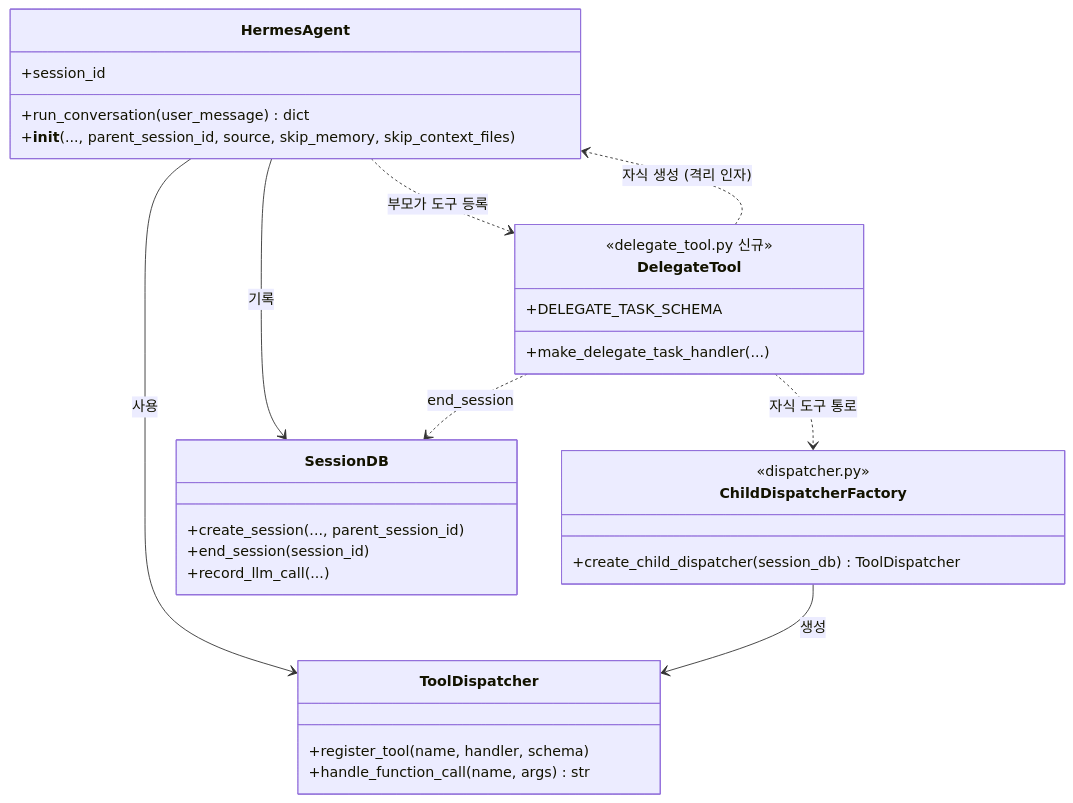
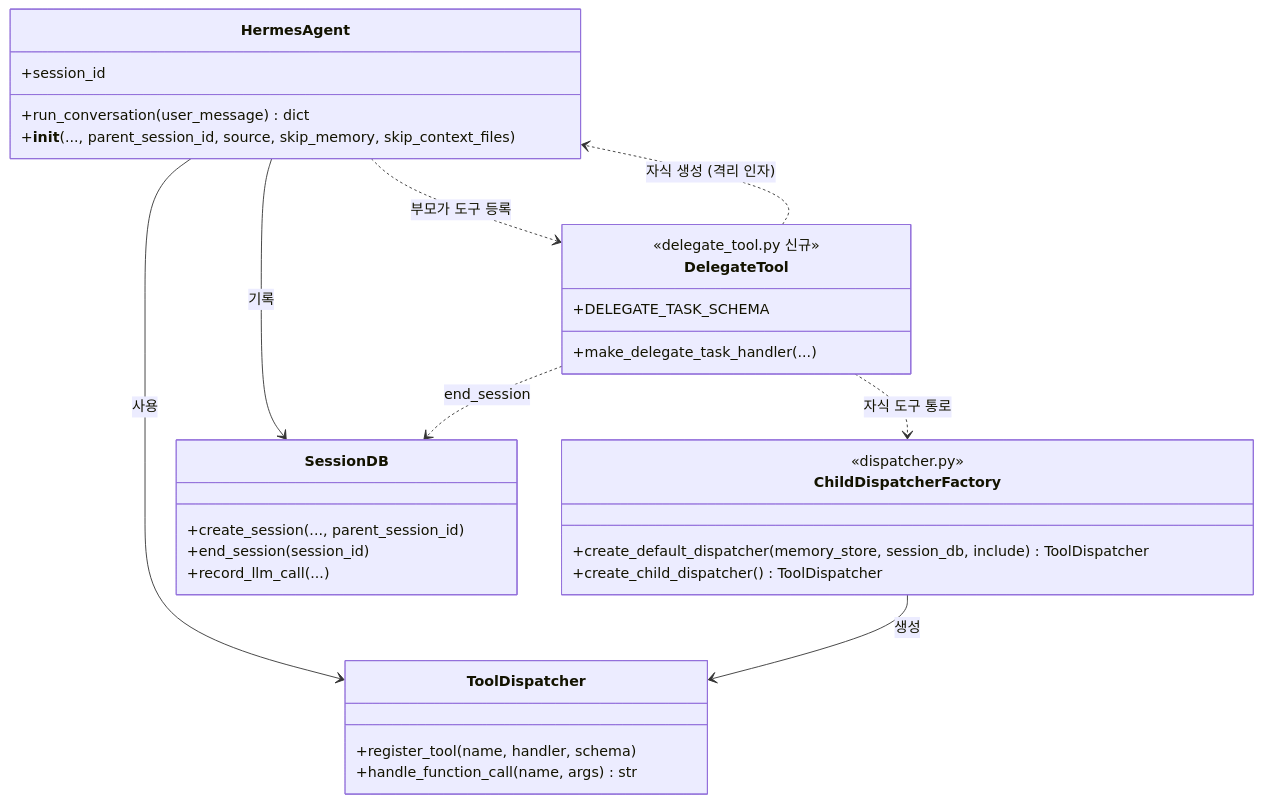
One commit to RadiantCitron/hermes-agent-study changed the second of 4 diagrams in docs/로드맵/07-서브에이전트-MVP/ROADMAP.md. Above: the diagram before and after it, drawn with Mermaid. The commit also changed other lines of this file and 1 other file, not shown here.

First line of the commit message:
docs(roadmap): R07-PLAN - 구현지시서 010(자식 전용 도구 통로), 허용 목록 방식·위임 도구 비자동 등록 정정

````diff
--- a/docs/로드맵/07-서브에이전트-MVP/ROADMAP.md
+++ b/docs/로드맵/07-서브에이전트-MVP/ROADMAP.md
@@ -70,33 +70,34 @@
 ```mermaid
 classDiagram
   class HermesAgent {
     +session_id
     +run_conversation(user_message) dict
     +__init__(..., parent_session_id, source, skip_memory, skip_context_files)
   }
   class ToolDispatcher {
     +register_tool(name, handler, schema)
     +handle_function_call(name, args) str
   }
   class DelegateTool {
     <<delegate_tool.py 신규>>
     +DELEGATE_TASK_SCHEMA
     +make_delegate_task_handler(...)
   }
   class ChildDispatcherFactory {
     <<dispatcher.py>>
-    +create_child_dispatcher(session_db) ToolDispatcher
+    +create_default_dispatcher(memory_store, session_db, include) ToolDispatcher
+    +create_child_dispatcher() ToolDispatcher
   }
   class SessionDB {
     +create_session(..., parent_session_id)
     +end_session(session_id)
     +record_llm_call(...)
   }
   HermesAgent --> ToolDispatcher : 사용
   HermesAgent --> SessionDB : 기록
   HermesAgent ..> DelegateTool : 부모가 도구 등록
   DelegateTool ..> HermesAgent : 자식 생성 (격리 인자)
   DelegateTool ..> ChildDispatcherFactory : 자식 도구 통로
   DelegateTool ..> SessionDB : end_session
   ChildDispatcherFactory --> ToolDispatcher : 생성
 ```
````
